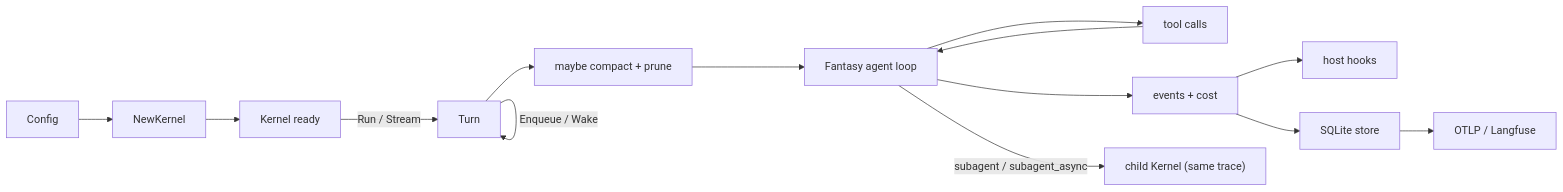
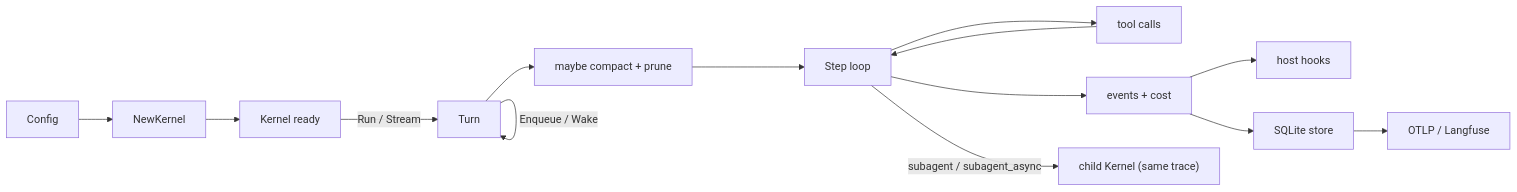
The sixth of 7 diagrams in assets/ARCHITECTURE.md (yashbonde/toroid-kernel), drawn with Mermaid before and after one commit. The commit also changed other lines of this file and 76 other files, not shown here.

````diff
--- a/assets/ARCHITECTURE.md
+++ b/assets/ARCHITECTURE.md
@@ -279,16 +279,16 @@
 ```mermaid
 flowchart LR
   cfg["Config"] --> nk["NewKernel"]
   nk --> ready["Kernel ready"]
   ready -->|"Run / Stream"| turn["Turn"]
   turn --> compact["maybe compact + prune"]
-  compact --> agent["Fantasy agent loop"]
+  compact --> agent["Step loop"]
   agent --> tools["tool calls"]
   tools --> agent
   agent --> events["events + cost"]
   events --> host["host hooks"]
   events --> store["SQLite store"]
   store --> otlp["OTLP / Langfuse"]
   turn -->|"Enqueue / Wake"| turn
   agent -->|"subagent / subagent_async"| child["child Kernel (same trace)"]
 ```
````
